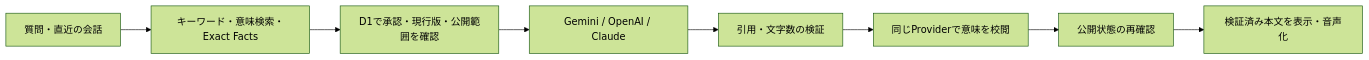
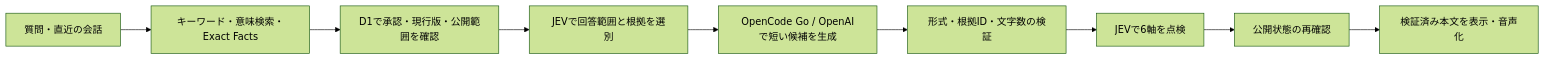
Before and after one commit to ryoheiwatanabe/ai-mendan-kun: the diagram in README.md, drawn with Mermaid (forest theme). The commit also changed other lines of this file and 7 other files, not shown here.

````diff
--- a/README.md
+++ b/README.md
@@ -28,10 +27,11 @@
 ```mermaid
 flowchart LR
   Q[質問・直近の会話] --> S[キーワード・意味検索・Exact Facts]
   S --> G[D1で承認・現行版・公開範囲を確認]
-  G --> A[Gemini / OpenAI / Claude]
-  A --> V[引用・文字数の検証]
-  V --> R[同じProviderで意味を校閲]
+  G --> S1[JEVで回答範囲と根拠を選別]
+  S1 --> A[OpenCode Go / OpenAIで短い候補を生成]
+  A --> V[形式・根拠ID・文字数の検証]
+  V --> R[JEVで6軸を点検]
   R --> P[公開状態の再確認]
   P --> C[検証済み本文を表示・音声化]
 ```
````
